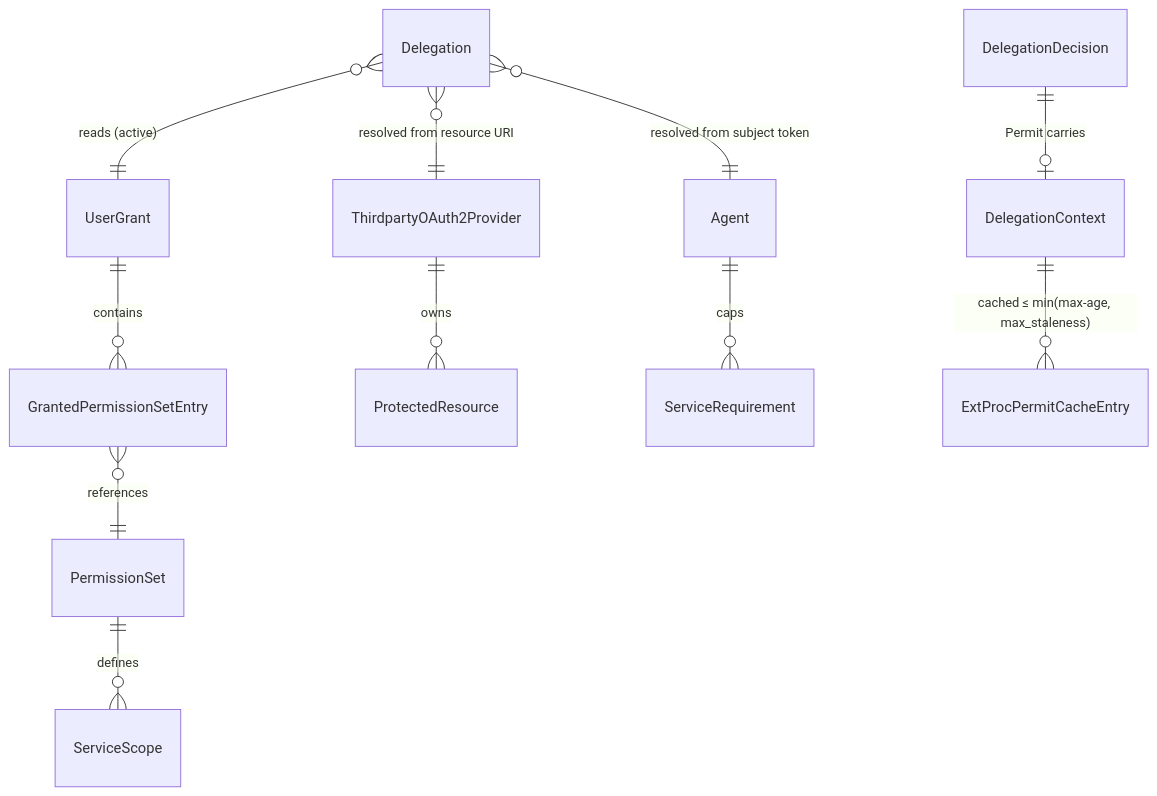
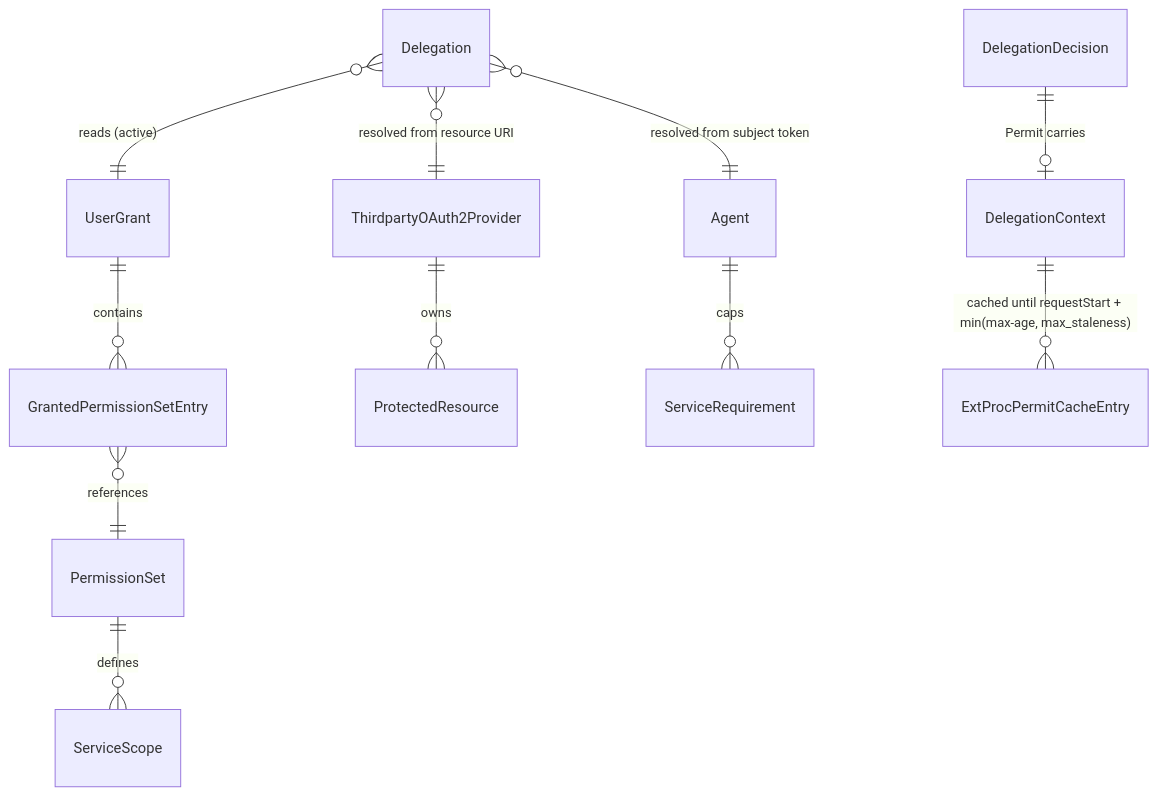
The diagram in specs/054-authzen-delegation-pip/data-model.md (zalando-incubator/agentic-identity-broker), drawn with Mermaid before and after one commit. The commit also changed other lines of this file and 6 other files, not shown here.

````diff
--- a/specs/054-authzen-delegation-pip/data-model.md
+++ b/specs/054-authzen-delegation-pip/data-model.md
@@ -200,13 +207,13 @@
 ```mermaid
 erDiagram
     UserGrant ||--o{ GrantedPermissionSetEntry : contains
     GrantedPermissionSetEntry }o--|| PermissionSet : references
     PermissionSet ||--o{ ServiceScope : defines
     ThirdpartyOAuth2Provider ||--o{ ProtectedResource : owns
     Agent ||--o{ ServiceRequirement : caps
     Delegation }o--|| UserGrant : "reads (active)"
     Delegation }o--|| Agent : "resolved from subject token"
     Delegation }o--|| ThirdpartyOAuth2Provider : "resolved from resource URI"
     DelegationDecision ||--o| DelegationContext : "Permit carries"
-    DelegationContext ||--o{ ExtProcPermitCacheEntry : "cached ≤ min(max-age, max_staleness)"
+    DelegationContext ||--o{ ExtProcPermitCacheEntry : "cached until requestStart + min(max-age, max_staleness)"
 ```
````
